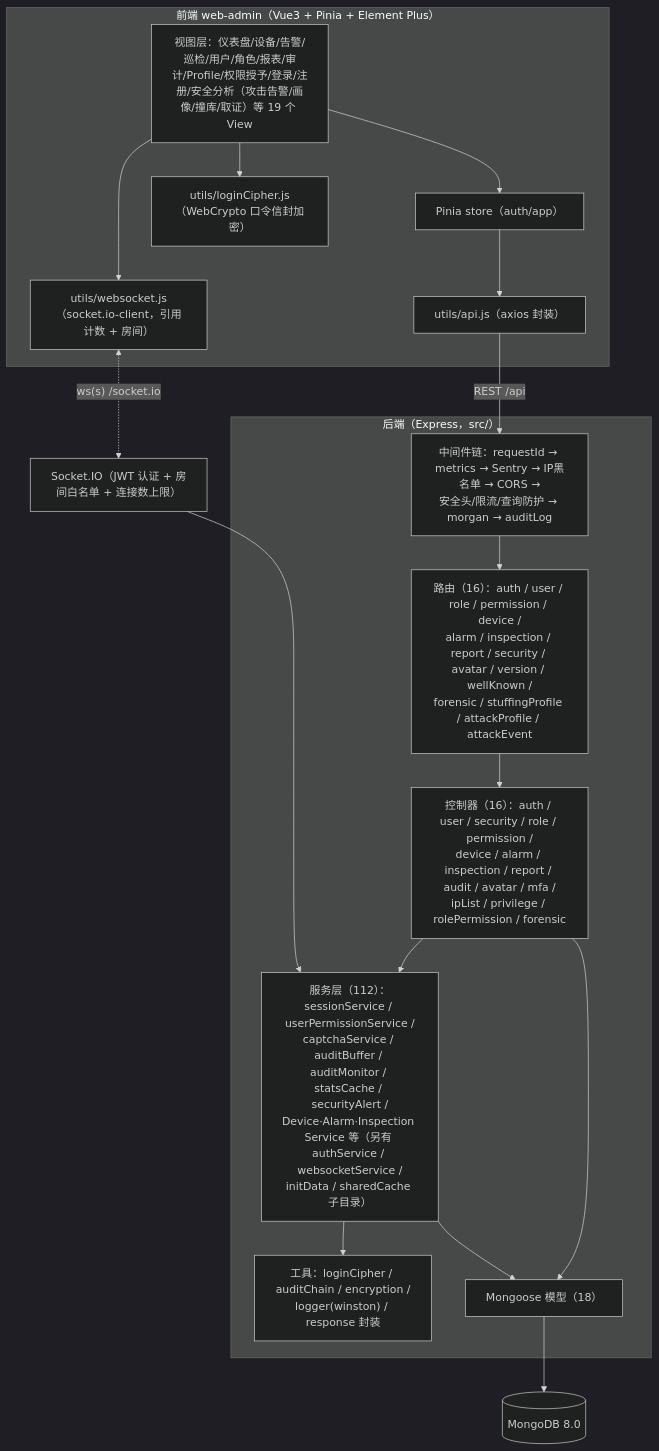
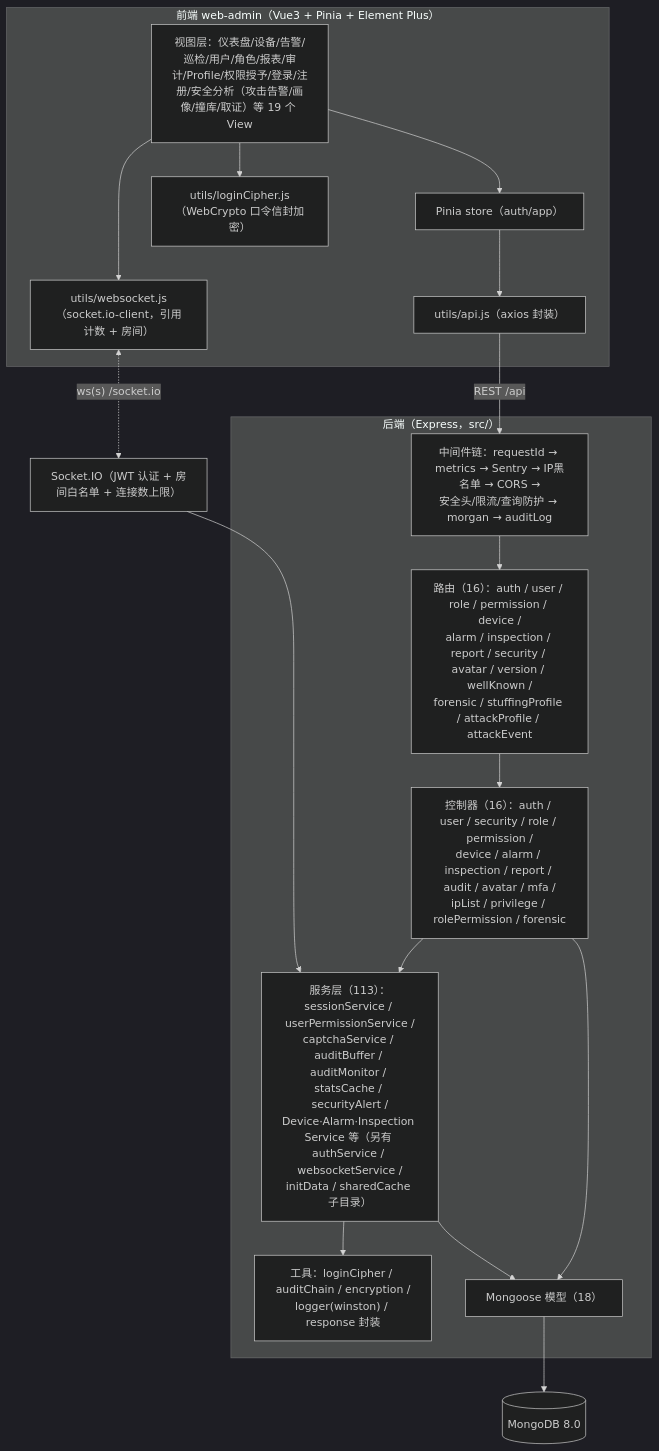
One commit to qmzzzzz/fsms changed the first of 4 diagrams in docs/architecture.md. Above: the diagram before and after it, drawn with Mermaid (dark theme). The commit also changed 13 other files, not shown here.

````diff
--- a/docs/architecture.md
+++ b/docs/architecture.md
@@ -10,34 +10,34 @@
 ```mermaid
 flowchart TB
   subgraph Client["前端 web-admin（Vue3 + Pinia + Element Plus）"]
     Views["视图层：仪表盘/设备/告警/巡检/用户/角色/报表/审计/Profile/权限授予/登录/注册/安全分析（攻击告警/画像/撞库/取证）等 19 个 View"]
     Store["Pinia store（auth/app）"]
     Api["utils/api.js（axios 封装）"]
     Ws["utils/websocket.js（socket.io-client，引用计数 + 房间）"]
     Cipher["utils/loginCipher.js（WebCrypto 口令信封加密）"]
   end
 
   subgraph Backend["后端（Express，src/）"]
     MW["中间件链：requestId → metrics → Sentry → IP黑名单 → CORS →\n安全头/限流/查询防护 → morgan → auditLog"]
     Routes["路由（16）：auth / user / role / permission / device /\nalarm / inspection / report / security / avatar / version / wellKnown /\nforensic / stuffingProfile / attackProfile / attackEvent"]
     Ctrl["控制器（16）：auth / user / security / role / permission /\ndevice / alarm / inspection / report / audit / avatar / mfa /\nipList / privilege / rolePermission / forensic"]
-    Svc["服务层（112）：sessionService / userPermissionService /\ncaptchaService / auditBuffer / auditMonitor / statsCache / securityAlert /\nDevice·Alarm·Inspection Service 等（另有 authService / websocketService /\ninitData / sharedCache 子目录）"]
+    Svc["服务层（113）：sessionService / userPermissionService /\ncaptchaService / auditBuffer / auditMonitor / statsCache / securityAlert /\nDevice·Alarm·Inspection Service 等（另有 authService / websocketService /\ninitData / sharedCache 子目录）"]
     Utils["工具：loginCipher / auditChain / encryption /\nlogger(winston) / response 封装"]
     Models["Mongoose 模型（18）"]
   end
 
   Mongo[("MongoDB 8.0")]
   Socket["Socket.IO（JWT 认证 + 房间白名单 + 连接数上限）"]
 
   Views --> Store --> Api
   Views --> Ws
   Views --> Cipher
   Api -- "REST /api" --> MW --> Routes --> Ctrl
   Ctrl --> Svc
   Ctrl --> Models
   Svc --> Models
   Svc --> Utils
   Ws <-. "ws(s) /socket.io" .-> Socket
   Socket --> Svc
   Models --> Mongo
 ```
````
